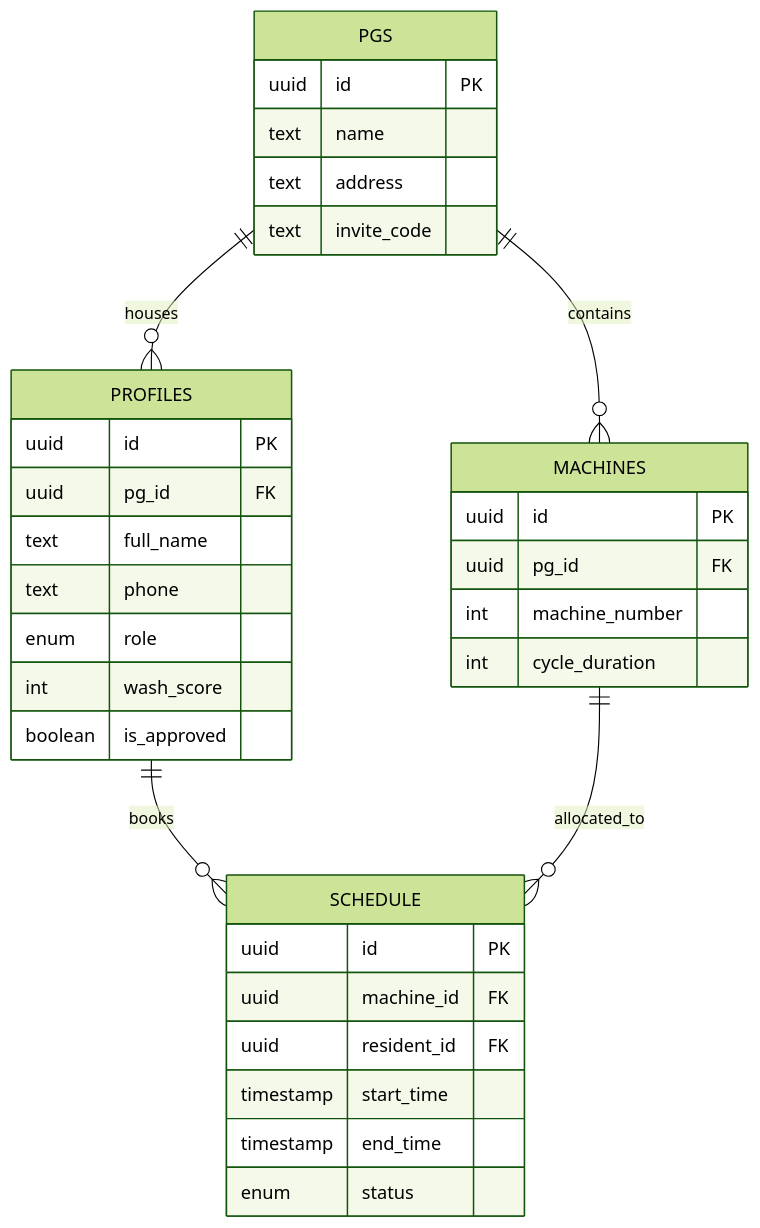
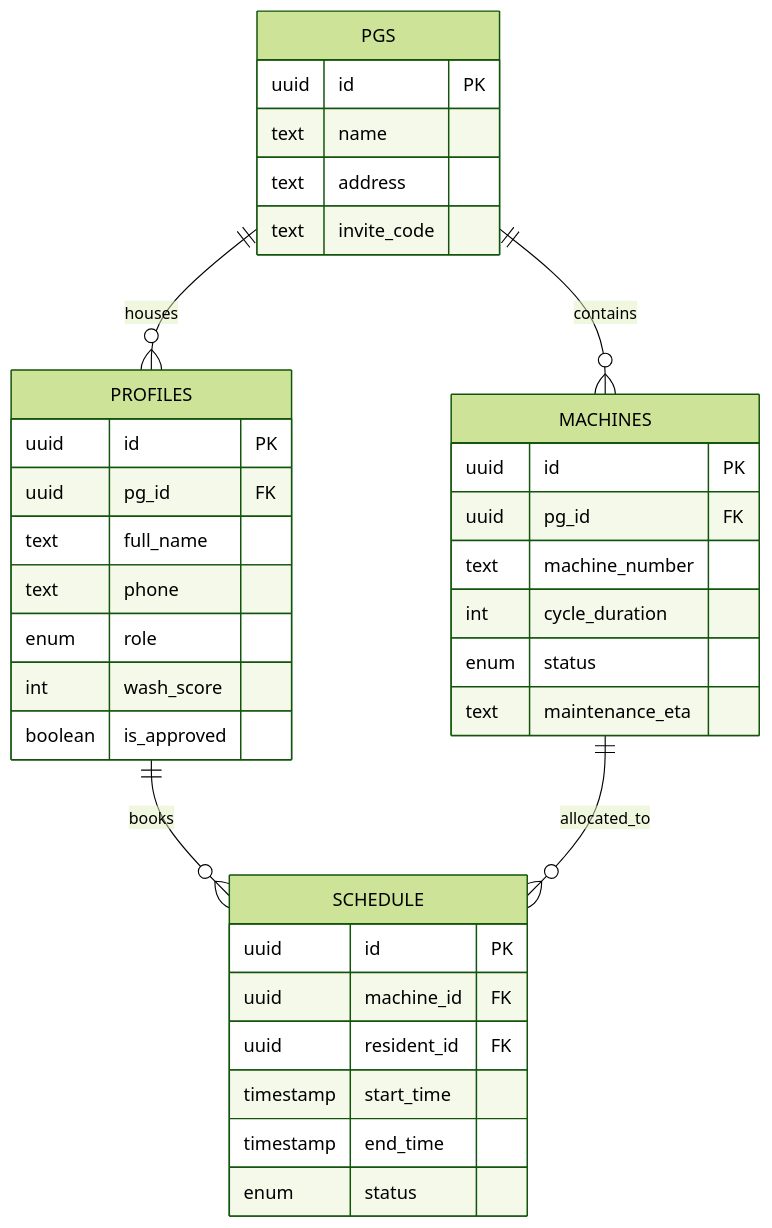
One commit to YashodharChavan/rinse changed the diagram in README.md. Above: the diagram before and after it, drawn with Mermaid (forest theme). The commit also changed other lines of this file, not shown here.

````diff
--- a/README.md
+++ b/README.md
@@ -147,41 +159,43 @@
 ```mermaid
 erDiagram
     PGS ||--o{ PROFILES : "houses"
     PGS ||--o{ MACHINES : "contains"
     PROFILES ||--o{ SCHEDULE : "books"
     MACHINES ||--o{ SCHEDULE : "allocated_to"
 
     PGS {
         uuid id PK
         text name
         text address
         text invite_code
     }
     
     PROFILES {
         uuid id PK
         uuid pg_id FK
         text full_name
         text phone
         enum role
         int wash_score
         boolean is_approved
     }
     
     MACHINES {
         uuid id PK
         uuid pg_id FK
-        int machine_number
+        text machine_number
         int cycle_duration
+        enum status
+        text maintenance_eta
     }
     
     SCHEDULE {
         uuid id PK
         uuid machine_id FK
         uuid resident_id FK
         timestamp start_time
         timestamp end_time
         enum status
     }
 
    ```
````
